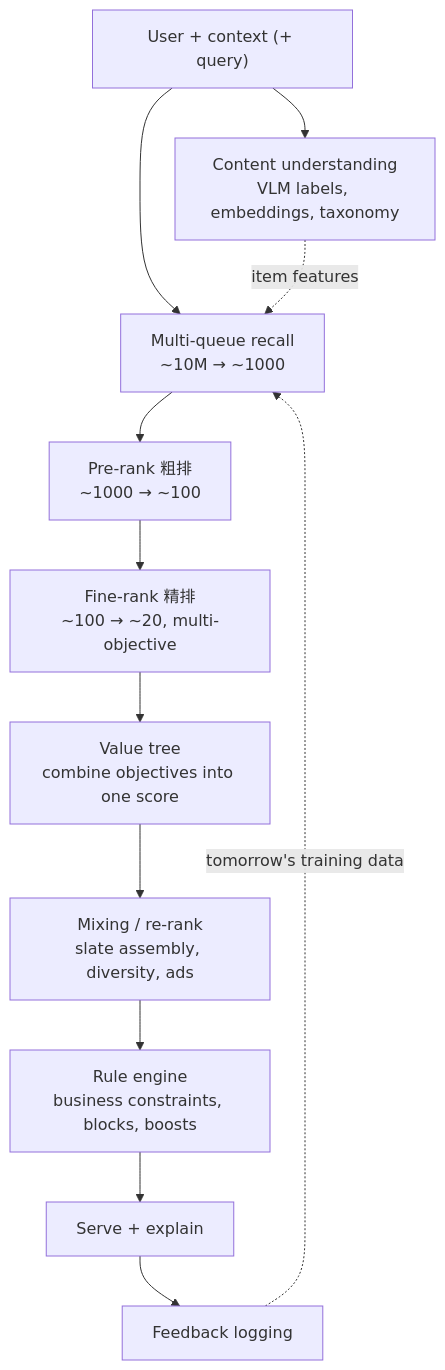
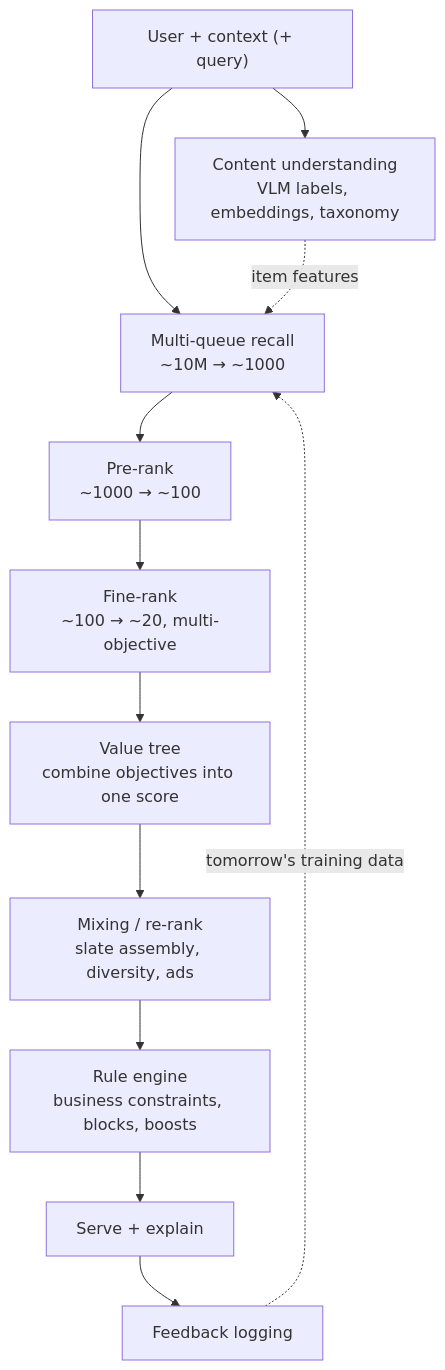
Before and after one commit to kleon1024/agi-playground: the diagram in missions/02-personalized-discovery/README.md, drawn with Mermaid. The commit also changed other lines of this file and 49 other files, not shown here.

````diff
--- a/missions/02-personalized-discovery/README.md
+++ b/missions/02-personalized-discovery/README.md
@@ -39,14 +39,14 @@
 ```mermaid
 flowchart TB
     A["User + context (+ query)"] --> B["Content understanding<br/>VLM labels, embeddings, taxonomy"]
     A --> C["Multi-queue recall<br/>~10M → ~1000"]
     B -.item features.-> C
-    C --> D["Pre-rank 粗排<br/>~1000 → ~100"]
-    D --> E["Fine-rank 精排<br/>~100 → ~20, multi-objective"]
+    C --> D["Pre-rank<br/>~1000 → ~100"]
+    D --> E["Fine-rank<br/>~100 → ~20, multi-objective"]
     E --> F["Value tree<br/>combine objectives into one score"]
     F --> G["Mixing / re-rank<br/>slate assembly, diversity, ads"]
     G --> H["Rule engine<br/>business constraints, blocks, boosts"]
     H --> I["Serve + explain"]
     I --> J["Feedback logging"]
     J -.tomorrow's training data.-> C
 ```
````
